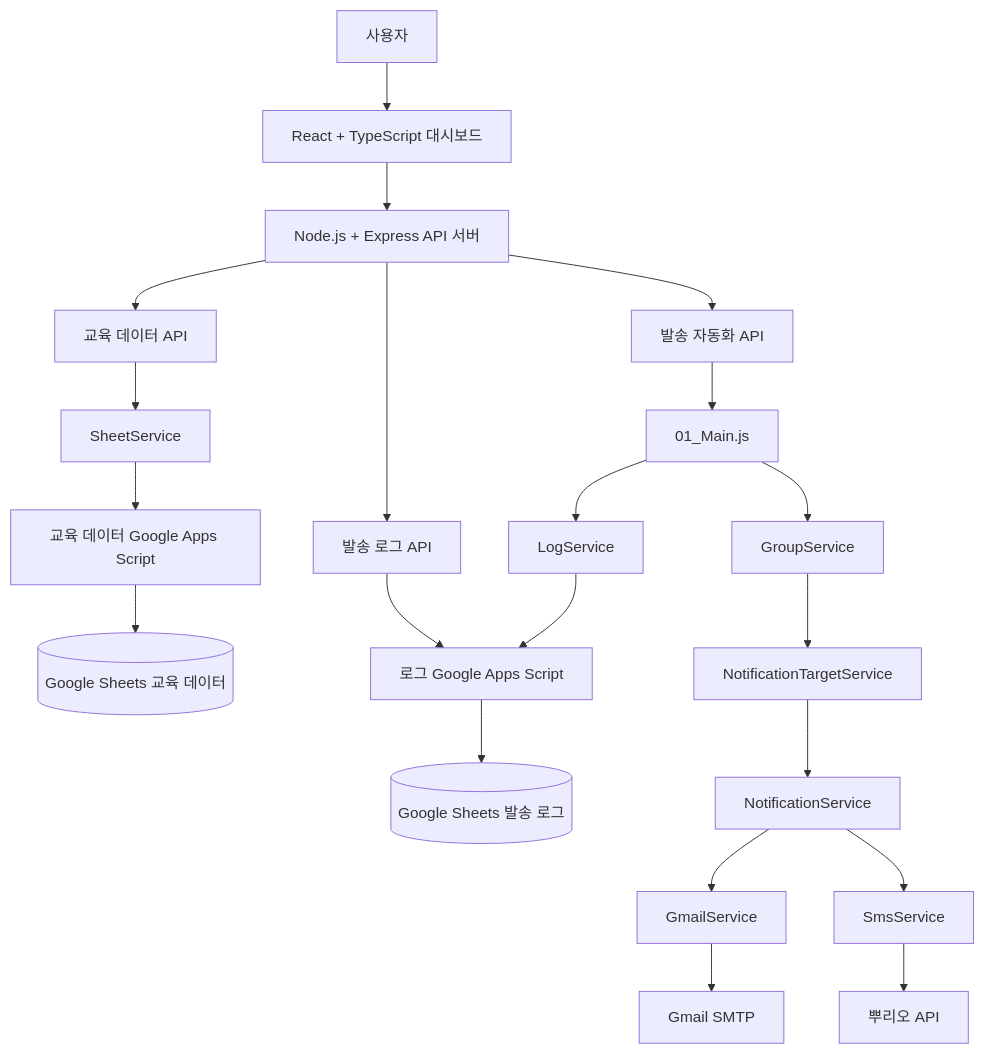
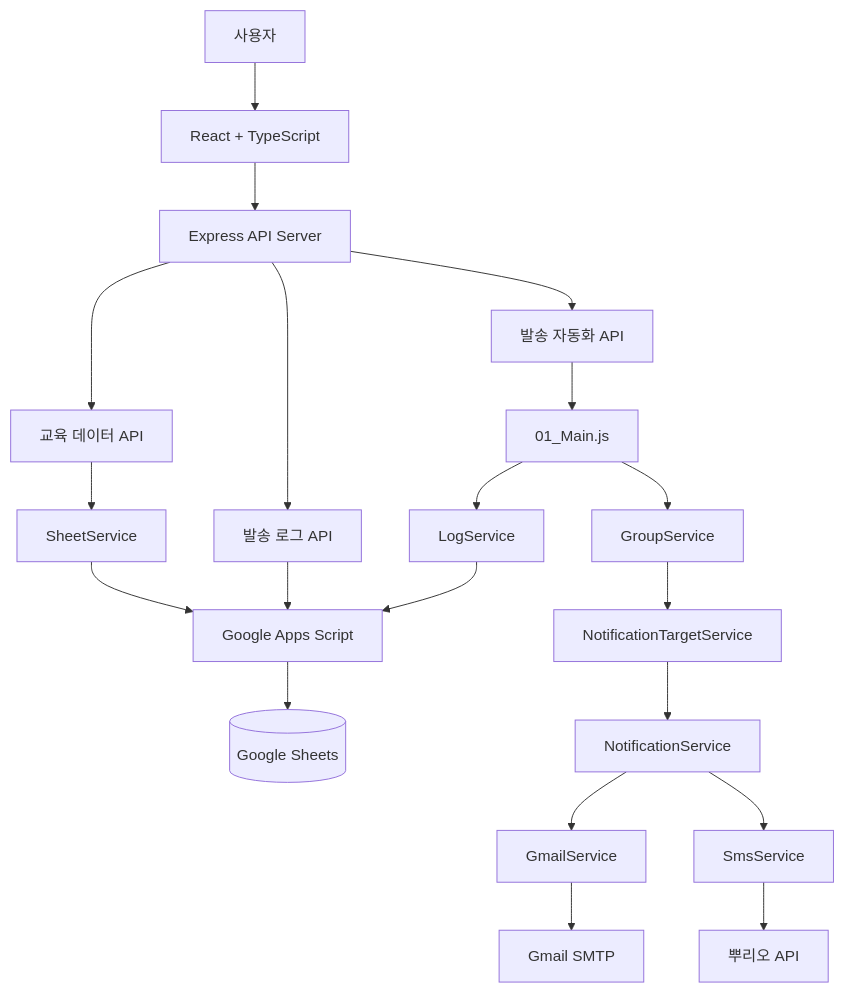
One commit to minkyungbae/email_sms_auto changed the diagram in README.md. Above: the diagram before and after it, drawn with Mermaid. The commit also changed other lines of this file, not shown here.

````diff
--- a/README.md
+++ b/README.md
@@ -141,33 +88,33 @@
 ```mermaid
 flowchart TD
     USER[사용자]
-    FE[React + TypeScript 대시보드]
-    API[Node.js + Express API 서버]
+    FE[React + TypeScript]
+    API[Express API Server]
 
     USER --> FE
     FE --> API
 
-    API --> ER[교육 데이터 API]
-    API --> LR[발송 로그 API]
-    API --> DR[발송 자동화 API]
+    API --> EDU[교육 데이터 API]
+    API --> LOG[발송 로그 API]
+    API --> DISPATCH[발송 자동화 API]
 
-    ER --> SS[SheetService]
-    SS --> GAS_EDU[교육 데이터 Google Apps Script]
-    GAS_EDU --> SHEET_EDU[(Google Sheets 교육 데이터)]
+    EDU --> SHEET[SheetService]
+    SHEET --> GAS[Google Apps Script]
+    GAS --> GS[(Google Sheets)]
 
-    LR --> GAS_LOG[로그 Google Apps Script]
-    GAS_LOG --> SHEET_LOG[(Google Sheets 발송 로그)]
+    LOG --> GAS
 
-    DR --> MAIN[01_Main.js]
+    DISPATCH --> MAIN[01_Main.js]
     MAIN --> GROUP[GroupService]
     GROUP --> TARGET[NotificationTargetService]
     TARGET --> NOTIFY[NotificationService]
 
-    NOTIFY --> GMAIL[GmailService]
+    NOTIFY --> EMAIL[GmailService]
     NOTIFY --> SMS[SmsService]
-    GMAIL --> SMTP[Gmail SMTP]
+
+    EMAIL --> SMTP[Gmail SMTP]
     SMS --> PPURIO[뿌리오 API]
 
-    MAIN --> LOG[LogService]
-    LOG --> GAS_LOG
+    MAIN --> SAVE[LogService]
+    SAVE --> GAS
 ```
````
